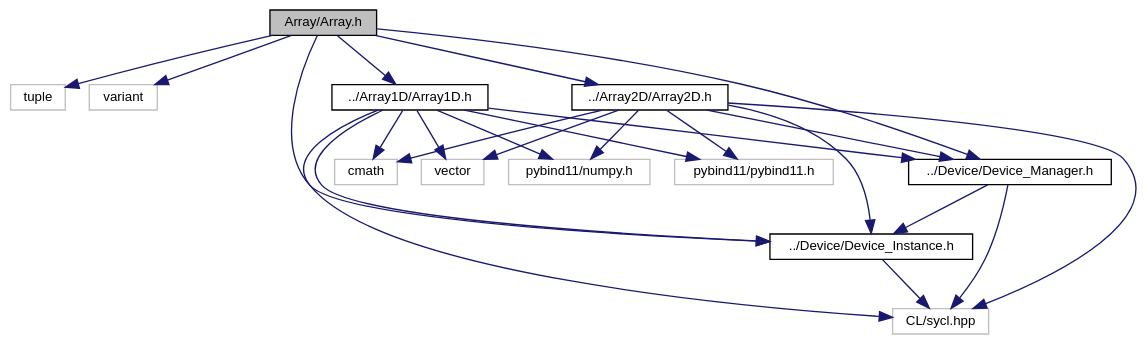
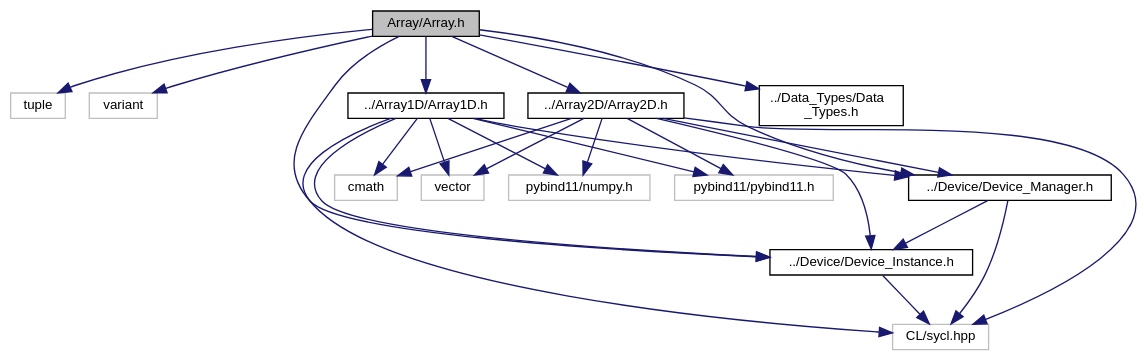
Before and after one commit to OsmanAEG/PySYCL: the diagram in docs/PySYCL_doxygen_html/_array_8h__incl.dot, drawn with Graphviz. The commit also changed 350 other files, not shown here.

```diff
--- a/docs/PySYCL_doxygen_html/_array_8h__incl.dot
+++ b/docs/PySYCL_doxygen_html/_array_8h__incl.dot
@@ -1,43 +1,45 @@
 digraph "Array/Array.h"
 {
  // INTERACTIVE_SVG=YES
  // LATEX_PDF_SIZE
   bgcolor="transparent";
   edge [fontname="Helvetica",fontsize="10",labelfontname="Helvetica",labelfontsize="10"];
   node [fontname="Helvetica",fontsize="10",shape=record];
   Node1 [label="Array/Array.h",height=0.2,width=0.4,color="black", fillcolor="grey75", style="filled", fontcolor="black",tooltip="Array in PySYCL."];
   Node1 -> Node2 [color="midnightblue",fontsize="10",style="solid",fontname="Helvetica"];
   Node2 [label="tuple",height=0.2,width=0.4,color="grey75",tooltip=" "];
   Node1 -> Node3 [color="midnightblue",fontsize="10",style="solid",fontname="Helvetica"];
   Node3 [label="variant",height=0.2,width=0.4,color="grey75",tooltip=" "];
   Node1 -> Node4 [color="midnightblue",fontsize="10",style="solid",fontname="Helvetica"];
   Node4 [label="../Array1D/Array1D.h",height=0.2,width=0.4,color="black",URL="$_array1_d_8h.html",tooltip="Array1D in PySYCL."];
   Node4 -> Node5 [color="midnightblue",fontsize="10",style="solid",fontname="Helvetica"];
   Node5 [label="CL/sycl.hpp",height=0.2,width=0.4,color="grey75",tooltip=" "];
   Node4 -> Node6 [color="midnightblue",fontsize="10",style="solid",fontname="Helvetica"];
   Node6 [label="pybind11/numpy.h",height=0.2,width=0.4,color="grey75",tooltip=" "];
   Node4 -> Node7 [color="midnightblue",fontsize="10",style="solid",fontname="Helvetica"];
   Node7 [label="pybind11/pybind11.h",height=0.2,width=0.4,color="grey75",tooltip=" "];
   Node4 -> Node8 [color="midnightblue",fontsize="10",style="solid",fontname="Helvetica"];
   Node8 [label="cmath",height=0.2,width=0.4,color="grey75",tooltip=" "];
   Node4 -> Node9 [color="midnightblue",fontsize="10",style="solid",fontname="Helvetica"];
   Node9 [label="vector",height=0.2,width=0.4,color="grey75",tooltip=" "];
   Node4 -> Node10 [color="midnightblue",fontsize="10",style="solid",fontname="Helvetica"];
   Node10 [label="../Device/Device_Instance.h",height=0.2,width=0.4,color="black",URL="$_device___instance_8h.html",tooltip="Device instance for device selection in PySYCL."];
   Node10 -> Node5 [color="midnightblue",fontsize="10",style="solid",fontname="Helvetica"];
   Node4 -> Node11 [color="midnightblue",fontsize="10",style="solid",fontname="Helvetica"];
   Node11 [label="../Device/Device_Manager.h",height=0.2,width=0.4,color="black",URL="$_device___manager_8h.html",tooltip="Device instance for device selection in PySYCL."];
   Node11 -> Node5 [color="midnightblue",fontsize="10",style="solid",fontname="Helvetica"];
   Node11 -> Node10 [color="midnightblue",fontsize="10",style="solid",fontname="Helvetica"];
   Node1 -> Node12 [color="midnightblue",fontsize="10",style="solid",fontname="Helvetica"];
   Node12 [label="../Array2D/Array2D.h",height=0.2,width=0.4,color="black",URL="$_array2_d_8h.html",tooltip="Array2D in PySYCL."];
   Node12 -> Node5 [color="midnightblue",fontsize="10",style="solid",fontname="Helvetica"];
   Node12 -> Node6 [color="midnightblue",fontsize="10",style="solid",fontname="Helvetica"];
   Node12 -> Node7 [color="midnightblue",fontsize="10",style="solid",fontname="Helvetica"];
   Node12 -> Node8 [color="midnightblue",fontsize="10",style="solid",fontname="Helvetica"];
   Node12 -> Node9 [color="midnightblue",fontsize="10",style="solid",fontname="Helvetica"];
   Node12 -> Node10 [color="midnightblue",fontsize="10",style="solid",fontname="Helvetica"];
   Node12 -> Node11 [color="midnightblue",fontsize="10",style="solid",fontname="Helvetica"];
+  Node1 -> Node13 [color="midnightblue",fontsize="10",style="solid",fontname="Helvetica"];
+  Node13 [label="../Data_Types/Data\l_Types.h",height=0.2,width=0.4,color="black",URL="$_data___types_8h.html",tooltip="Data types in PySYCL."];
   Node1 -> Node10 [color="midnightblue",fontsize="10",style="solid",fontname="Helvetica"];
   Node1 -> Node11 [color="midnightblue",fontsize="10",style="solid",fontname="Helvetica"];
 }
```
